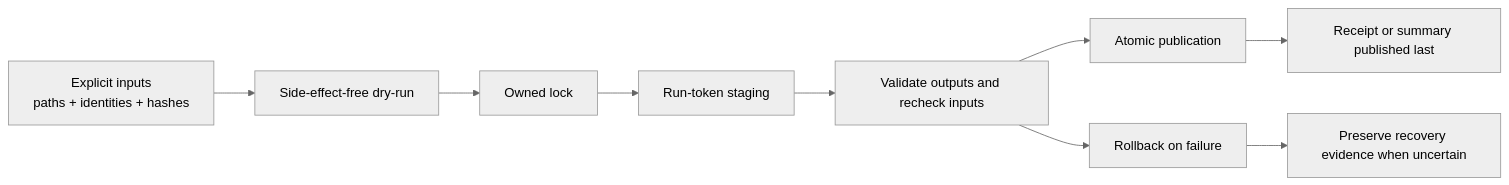
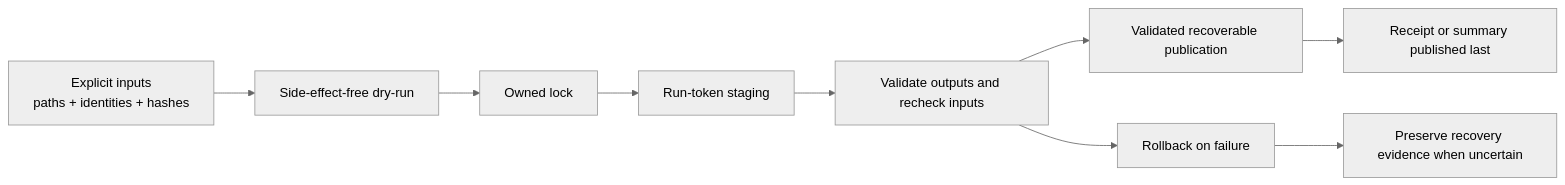
The diagram in docs/architecture/diagrams/reliability.mmd (lab-cats/EMRYS), drawn with Mermaid (neutral theme) before and after one commit. The commit also changed 10 other files, not shown here.

```diff
--- a/docs/architecture/diagrams/reliability.mmd
+++ b/docs/architecture/diagrams/reliability.mmd
@@ -1,9 +1,9 @@
 flowchart LR
     inputs["Explicit inputs<br/>paths + identities + hashes"] --> dryrun["Side-effect-free dry-run"]
     dryrun --> lock["Owned lock"]
     lock --> stage["Run-token staging"]
     stage --> validate["Validate outputs and recheck inputs"]
-    validate --> publish["Atomic publication"]
+    validate --> publish["Validated recoverable publication"]
     publish --> marker["Receipt or summary published last"]
     validate --> rollback["Rollback on failure"]
     rollback --> recovery["Preserve recovery evidence when uncertain"]
```
